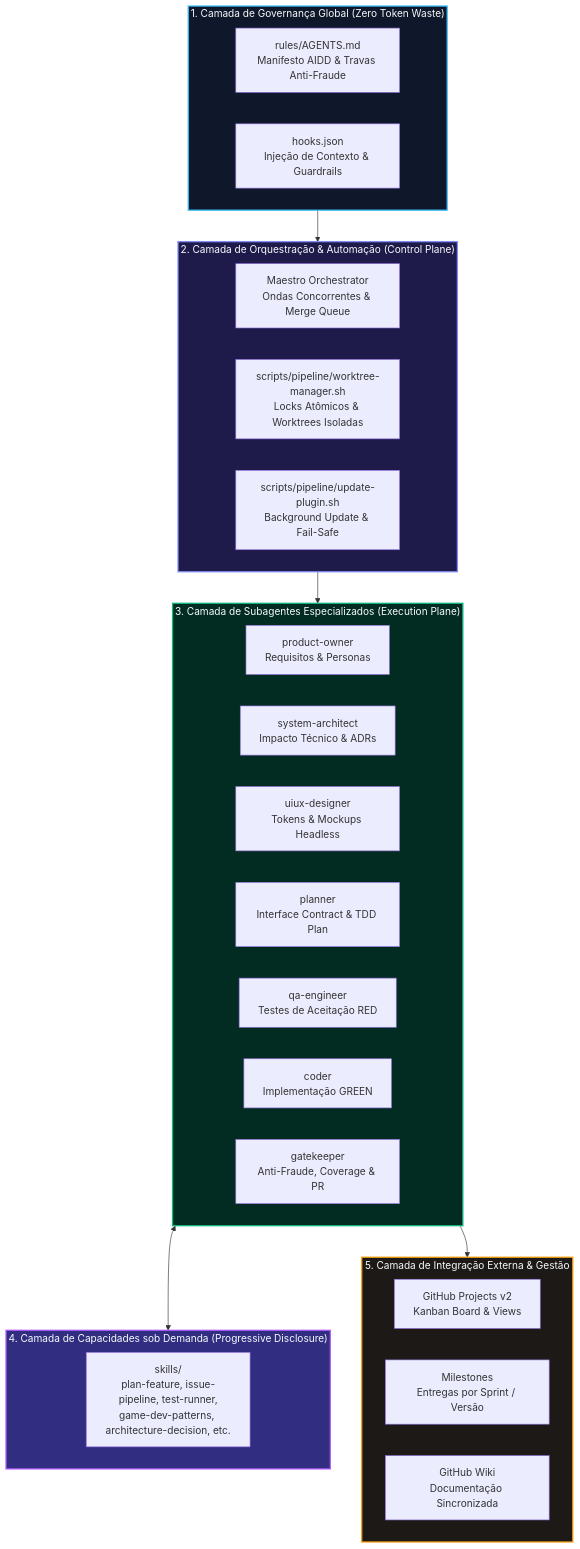
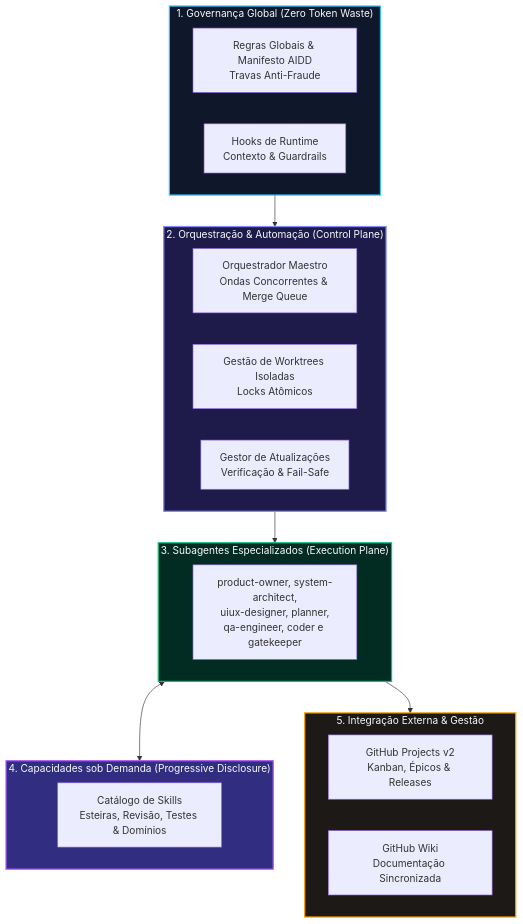
Before and after one commit to VitorJacom/my-agents: the first of 3 diagrams in docs/System-Architecture.md, drawn with Mermaid. The commit also changed other lines of this file and 35 other files, not shown here.

````diff
--- a/docs/System-Architecture.md
+++ b/docs/System-Architecture.md
@@ -11,44 +11,37 @@
 ```mermaid
-flowchart TB
-    subgraph L1 ["1. Camada de Governança Global (Zero Token Waste)"]
-        RULES["rules/AGENTS.md<br/>Manifesto AIDD & Travas Anti-Fraude"]
-        HOOKS["hooks.json<br/>Injeção de Contexto & Guardrails"]
+flowchart TD
+    subgraph L1 ["1. Governança Global (Zero Token Waste)"]
+        RULES["Regras Globais & Manifesto AIDD<br/>Travas Anti-Fraude"]
+        HOOKS["Hooks de Runtime<br/>Contexto & Guardrails"]
     end
 
-    subgraph L2 ["2. Camada de Orquestração & Automação (Control Plane)"]
-        MAESTRO["Maestro Orchestrator<br/>Ondas Concorrentes & Merge Queue"]
-        WORKTREE_MGR["scripts/pipeline/worktree-manager.sh<br/>Locks Atômicos & Worktrees Isoladas"]
-        UPDATER["scripts/pipeline/update-plugin.sh<br/>Background Update & Fail-Safe"]
+    subgraph L2 ["2. Orquestração & Automação (Control Plane)"]
+        MAESTRO["Orquestrador Maestro<br/>Ondas Concorrentes & Merge Queue"]
+        WORKTREE_MGR["Gestão de Worktrees Isoladas<br/>Locks Atômicos"]
+        UPDATER["Gestor de Atualizações<br/>Verificação & Fail-Safe"]
     end
 
-    subgraph L3 ["3. Camada de Subagentes Especializados (Execution Plane)"]
-        PO["product-owner<br/>Requisitos & Personas"]
-        ARCH["system-architect<br/>Impacto Técnico & ADRs"]
-        UIUX["uiux-designer<br/>Tokens & Mockups Headless"]
-        PLANNER["planner<br/>Interface Contract & TDD Plan"]
-        QA["qa-engineer<br/>Testes de Aceitação RED"]
-        CODER["coder<br/>Implementação GREEN"]
-        GK["gatekeeper<br/>Anti-Fraude, Coverage & PR"]
+    subgraph L3 ["3. Subagentes Especializados (Execution Plane)"]
+        SUBS["product-owner, system-architect,<br/>uiux-designer, planner,<br/>qa-engineer, coder e gatekeeper"]
     end
 
-    subgraph L4 ["4. Camada de Capacidades sob Demanda (Progressive Disclosure)"]
-        SKILLS["skills/<br/>plan-feature, issue-pipeline, test-runner,<br/>game-dev-patterns, architecture-decision, etc."]
+    subgraph L4 ["4. Capacidades sob Demanda (Progressive Disclosure)"]
+        SKILLS["Catálogo de Skills<br/>Esteiras, Revisão, Testes & Domínios"]
     end
 
-    subgraph L5 ["5. Camada de Integração Externa & Gestão"]
-        GH_PROJ["GitHub Projects v2<br/>Kanban Board & Views"]
-        GH_MILESTONES["Milestones<br/>Entregas por Sprint / Versão"]
+    subgraph L5 ["5. Integração Externa & Gestão"]
+        GH_PROJ["GitHub Projects v2<br/>Kanban, Épicos & Releases"]
         GH_WIKI["GitHub Wiki<br/>Documentação Sincronizada"]
     end
 
     L1 --> L2
     L2 --> L3
     L3 <--> L4
     L3 --> L5
 
     style L1 fill:#0f172a,stroke:#38bdf8,stroke-width:2px,color:#f8fafc
     style L2 fill:#1e1b4b,stroke:#818cf8,stroke-width:2px,color:#f8fafc
     style L3 fill:#022c22,stroke:#10b981,stroke-width:2px,color:#f8fafc
     style L4 fill:#312e81,stroke:#a855f7,stroke-width:2px,color:#f8fafc
     style L5 fill:#1c1917,stroke:#f59e0b,stroke-width:2px,color:#f8fafc
 ```
````
